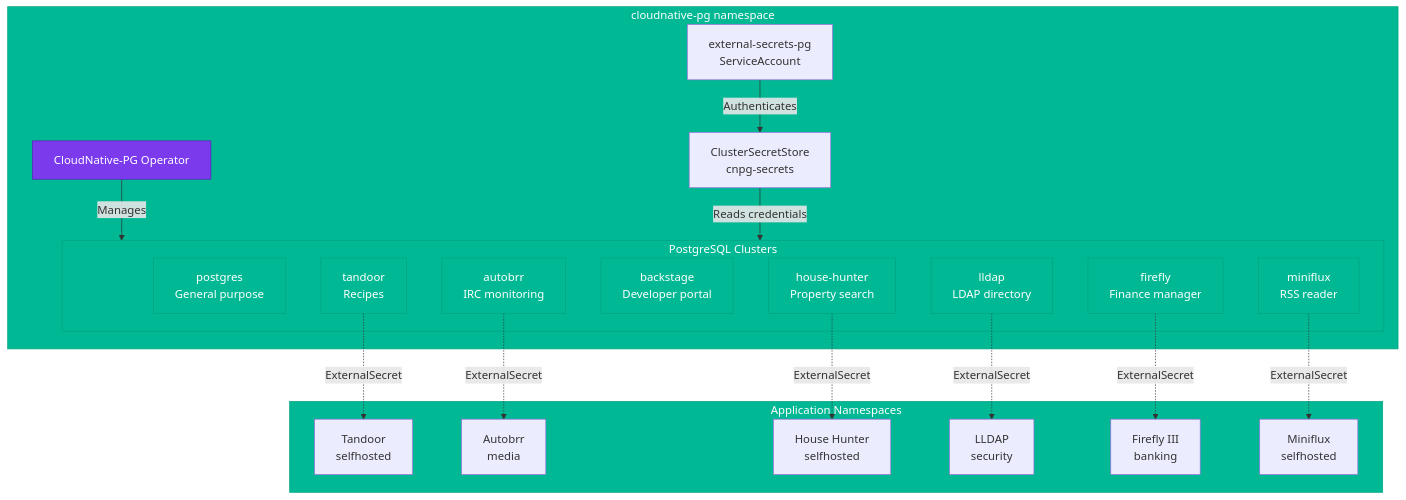
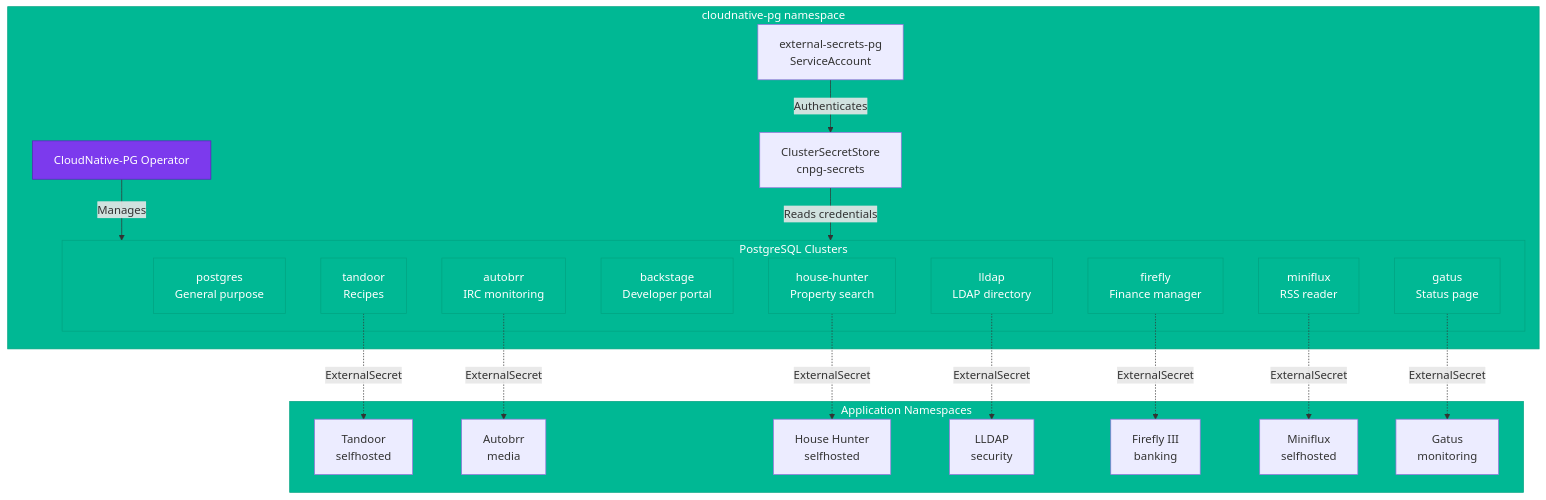
One commit to swibrow/home-ops changed the first of 2 diagrams in docs/applications/databases/index.md. Above: the diagram before and after it, drawn with Mermaid. The commit also changed other lines of this file and 7 other files, not shown here.

First line of the commit message:
feat(monitoring): add gatus status page and expand renovate auto-merge

````diff
--- a/docs/applications/databases/index.md
+++ b/docs/applications/databases/index.md
@@ -11,44 +11,47 @@
 ```mermaid
 flowchart TD
     subgraph CNPG["cloudnative-pg namespace"]
         OP[CloudNative-PG Operator]
         CSS[ClusterSecretStore<br/>cnpg-secrets]
         ESA[external-secrets-pg<br/>ServiceAccount]
 
         subgraph Clusters["PostgreSQL Clusters"]
             PG[postgres<br/>General purpose]
             TD[tandoor<br/>Recipes]
             AB[autobrr<br/>IRC monitoring]
             BS[backstage<br/>Developer portal]
             HH[house-hunter<br/>Property search]
             LL[lldap<br/>LDAP directory]
             FF[firefly<br/>Finance manager]
             MF[miniflux<br/>RSS reader]
+            GA[gatus<br/>Status page]
         end
     end
 
     subgraph Apps["Application Namespaces"]
         A1[Tandoor<br/>selfhosted]
         A2[Autobrr<br/>media]
         A3[House Hunter<br/>selfhosted]
         A4[LLDAP<br/>security]
         A5[Firefly III<br/>banking]
         A6[Miniflux<br/>selfhosted]
+        A7[Gatus<br/>monitoring]
     end
 
     OP -->|Manages| Clusters
     CSS -->|Reads credentials| Clusters
     ESA -->|Authenticates| CSS
 
     TD -.->|ExternalSecret| A1
     AB -.->|ExternalSecret| A2
     HH -.->|ExternalSecret| A3
     LL -.->|ExternalSecret| A4
     FF -.->|ExternalSecret| A5
     MF -.->|ExternalSecret| A6
+    GA -.->|ExternalSecret| A7
 
     classDef operator fill:#7c3aed,stroke:#5b21b6,color:#fff
     classDef cluster fill:#00b894,stroke:#00a381,color:#fff
     class OP operator
-    class PG,TD,AB,BS,HH,LL,FF,MF cluster
+    class PG,TD,AB,BS,HH,LL,FF,MF,GA cluster
 ```
````
